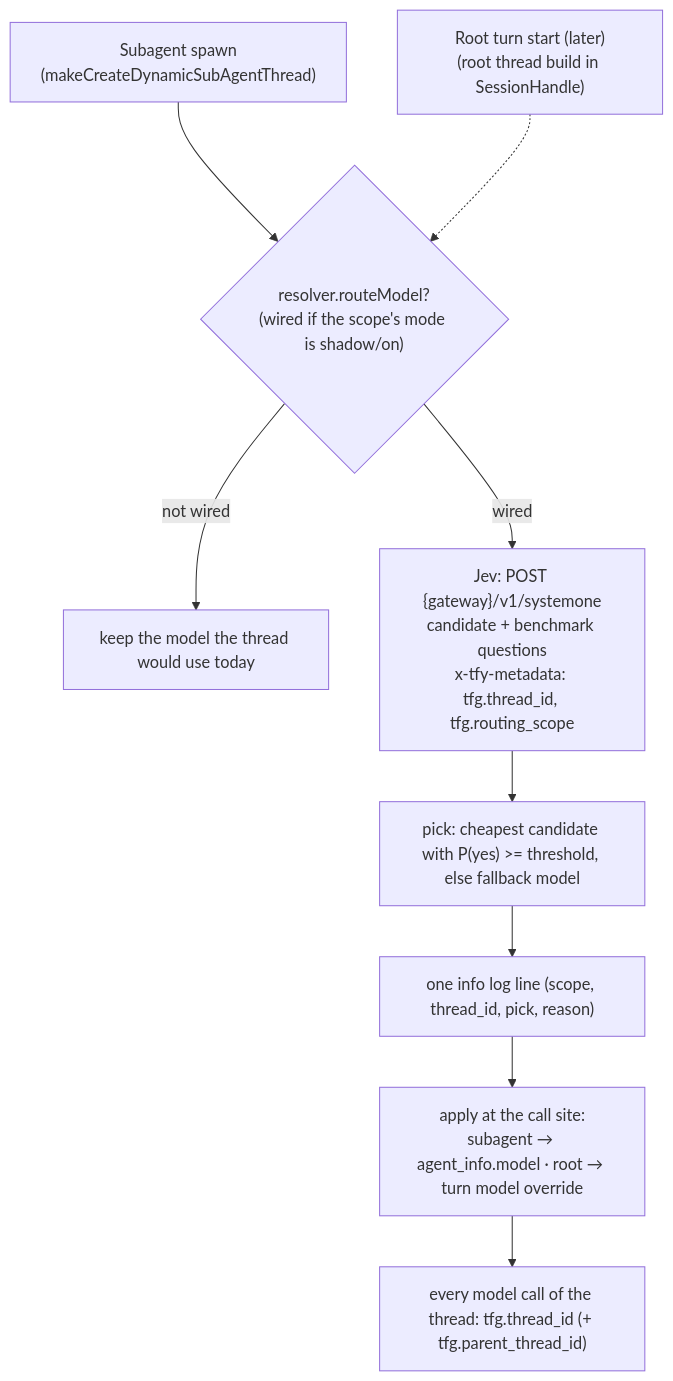
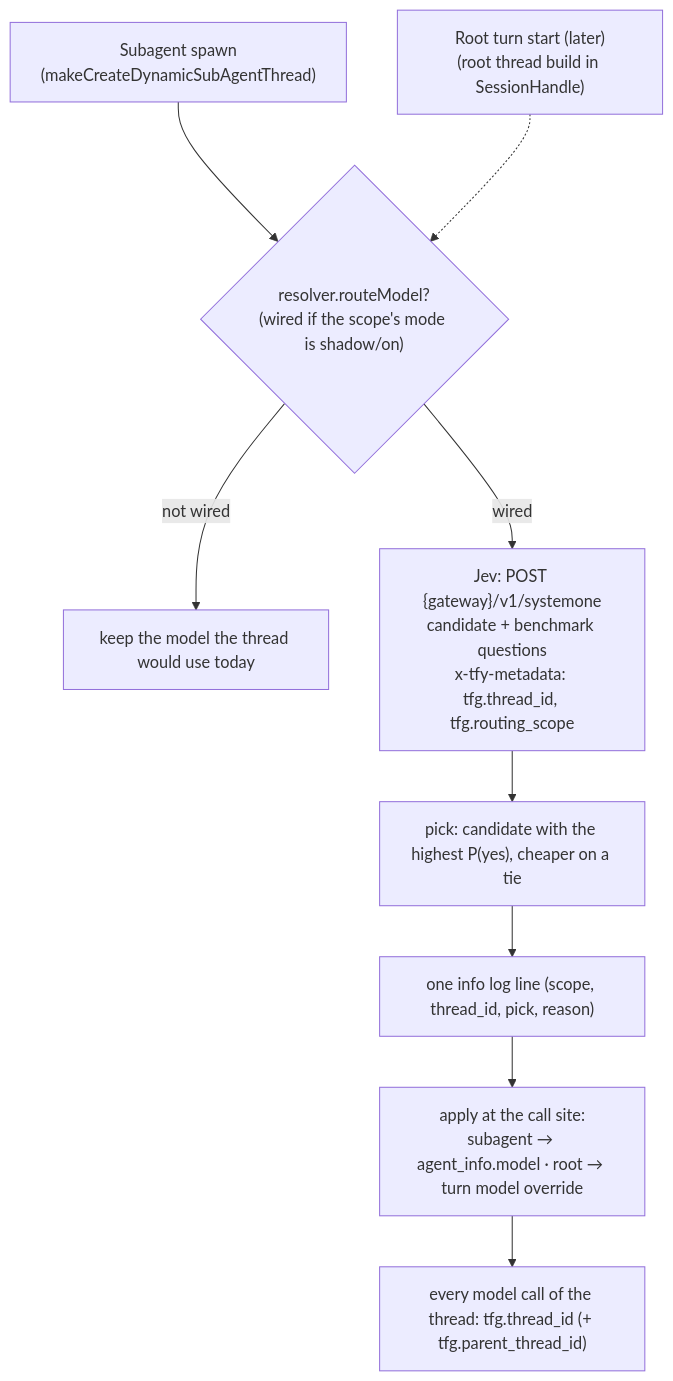
Before and after one commit to truefoundry/trueforge: the diagram in docs/subagent-auto-routing/lld.md, drawn with Mermaid. The commit also changed other lines of this file, not shown here.

Commit message:
docs: pick the candidate with the highest yes-probability; drop the threshold

````diff
--- a/docs/subagent-auto-routing/lld.md
+++ b/docs/subagent-auto-routing/lld.md
@@ -47,12 +47,12 @@
 ```mermaid
 flowchart TD
   S1["Subagent spawn<br/>(makeCreateDynamicSubAgentThread)"] --> R
   S2["Root turn start (later)<br/>(root thread build in SessionHandle)"] -.-> R
   R{"resolver.routeModel?<br/>(wired if the scope's mode is shadow/on)"}
   R -- not wired --> K["keep the model the thread would use today"]
   R -- wired --> J["Jev: POST {gateway}/v1/systemone<br/>candidate + benchmark questions<br/>x-tfy-metadata: tfg.thread_id, tfg.routing_scope"]
-  J --> P["pick: cheapest candidate with P(yes) >= threshold, else fallback model"]
+  J --> P["pick: candidate with the highest P(yes), cheaper on a tie"]
   P --> L["one info log line (scope, thread_id, pick, reason)"]
   L --> A["apply at the call site:<br/>subagent → agent_info.model · root → turn model override"]
   A --> T["every model call of the thread: tfg.thread_id (+ tfg.parent_thread_id)"]
 ```
````
